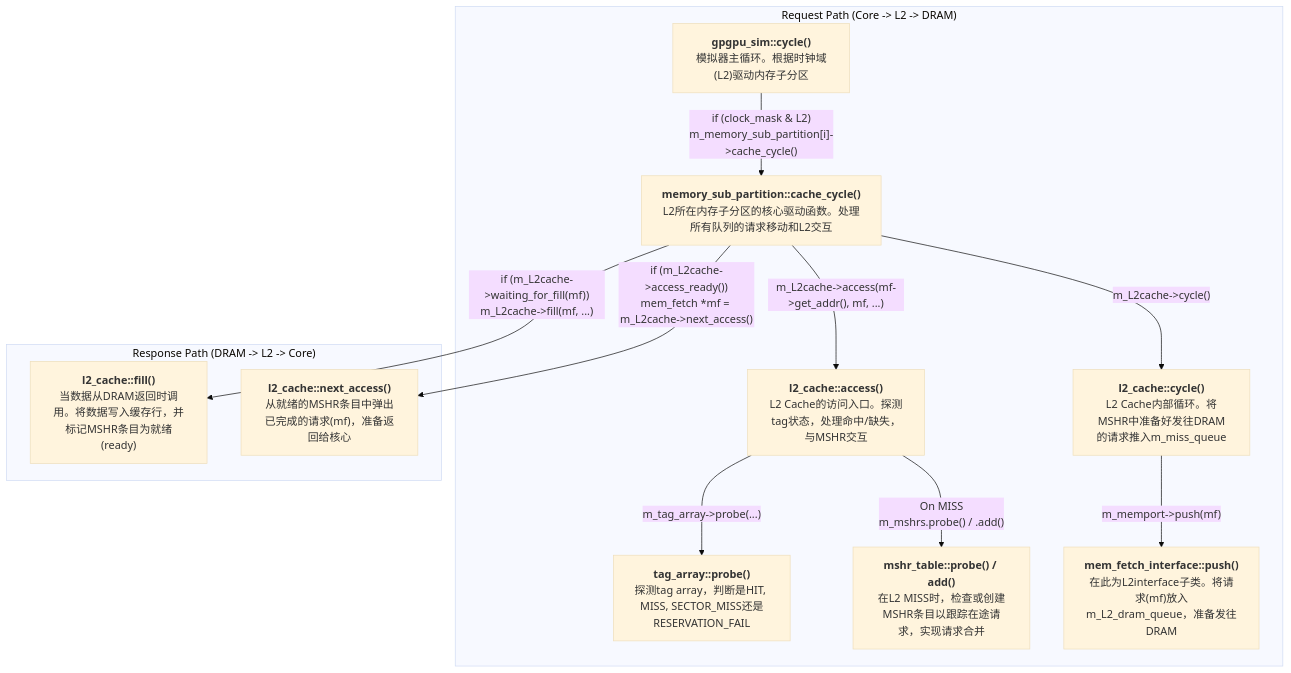
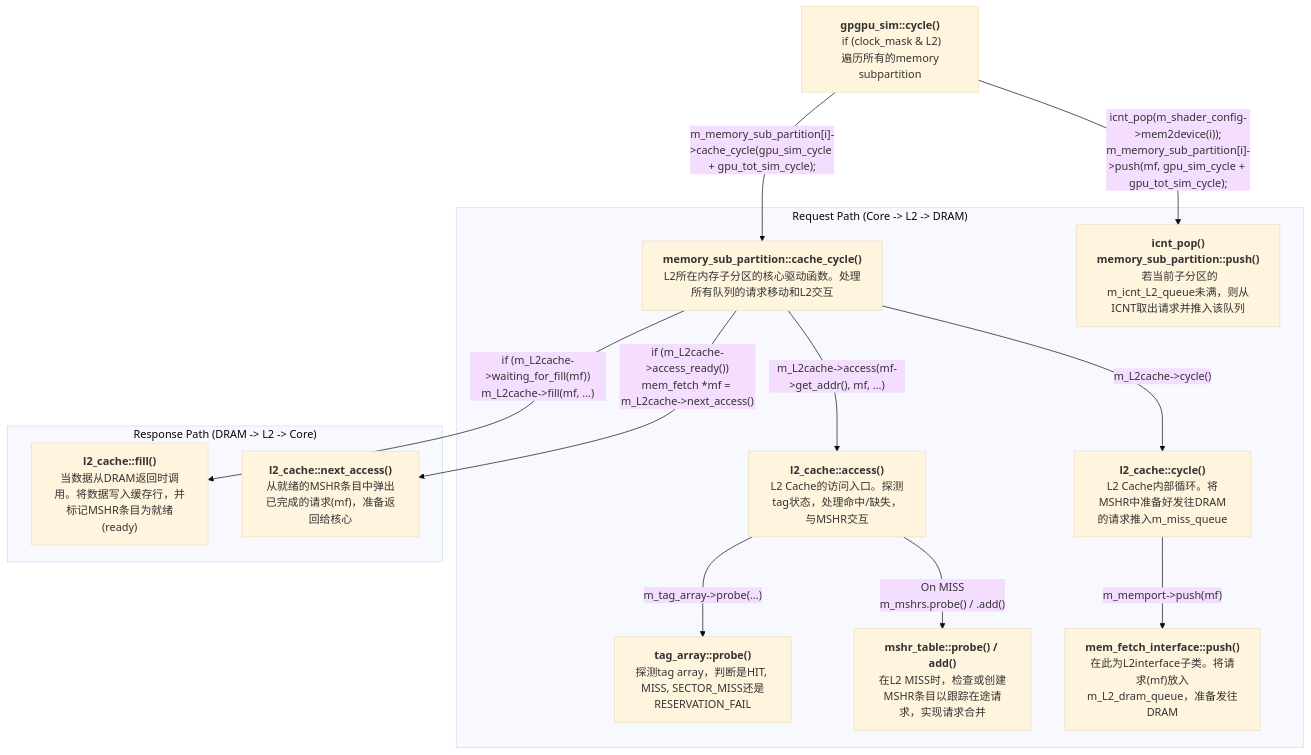
The third of 4 diagrams in gpgpusim_wiki/gpgpusim_wiki.md (seanzw/random), drawn with Mermaid (base theme) before and after one commit. The commit also changed other lines of this file, not shown here.

Commit message:
update sm core & l1 cache response path

````diff
--- a/gpgpusim_wiki/gpgpusim_wiki.md
+++ b/gpgpusim_wiki/gpgpusim_wiki.md
@@ -187,28 +235,34 @@
 ```mermaid
 graph TD;
     %% --- 节点定义 (Node Definitions) ---
-    A["<b>gpgpu_sim::cycle()</b><br>模拟器主循环。根据时钟域(L2)驱动内存子分区"];
-    B["<b>memory_sub_partition::cache_cycle()</b><br>L2所在内存子分区的核心驱动函数。处理所有队列的请求移动和L2交互"];
+    A["<b>gpgpu_sim::cycle()</b><br> if (clock_mask & L2)<br> 遍历所有的memory subpartition"];
+    Ba["<b>memory_sub_partition::cache_cycle()</b><br>L2所在内存子分区的核心驱动函数。处理所有队列的请求移动和L2交互"];
+    Bb["<b>icnt_pop()<br>memory_sub_partition::push()</b><br> 若当前子分区的m_icnt_L2_queue未满，则从ICNT取出请求并推入该队列"];
+
+
     C["<b>l2_cache::access()</b><br>L2 Cache的访问入口。探测tag状态，处理命中/缺失，与MSHR交互"];
     D["<b>tag_array::probe()</b><br>探测tag array，判断是HIT, MISS, SECTOR_MISS还是RESERVATION_FAIL"];
     E["<b>mshr_table::probe() / add()</b><br>在L2 MISS时，检查或创建MSHR条目以跟踪在途请求，实现请求合并"];
     F["<b>l2_cache::cycle()</b><br>L2 Cache内部循环。将MSHR中准备好发往DRAM的请求推入m_miss_queue"];
     G["<b>mem_fetch_interface::push()</b><br>在此为L2interface子类。将请求(mf)放入m_L2_dram_queue，准备发往DRAM"];
     H["<b>l2_cache::fill()</b><br>当数据从DRAM返回时调用。将数据写入缓存行，并标记MSHR条目为就绪(ready)"];
     I["<b>l2_cache::next_access()</b><br>从就绪的MSHR条目中弹出已完成的请求(mf)，准备返回给核心"];
 
     %% --- 边定义 (Edge Definitions / Call Chain) ---
+    A --m_memory_sub_partition[i]->cache_cycle(gpu_sim_cycle + gpu_tot_sim_cycle);--> Ba;
+    A --icnt_pop(m_shader_config->mem2device(i));<br>m_memory_sub_partition[i]->push(mf, gpu_sim_cycle + gpu_tot_sim_cycle);--> Bb;
+
     subgraph "Request Path (Core -> L2 -> DRAM)"
-        A -- "if (clock_mask & L2)<br>m_memory_sub_partition[i]->cache_cycle()" --> B;
-        B -- "m_L2cache->access(mf->get_addr(), mf, ...)" --> C;
+        Bb;
+        Ba -- "m_L2cache->access(mf->get_addr(), mf, ...)" --> C;
         C -- "m_tag_array->probe(...)" --> D;
         C -- "On MISS<br>m_mshrs.probe() / .add()" --> E;
-        B -- "m_L2cache->cycle()" --> F;
+        Ba -- "m_L2cache->cycle()" --> F;
         F -- "m_memport->push(mf)" --> G;
     end
 
     subgraph "Response Path (DRAM -> L2 -> Core)"
-        B -- "if (m_L2cache->waiting_for_fill(mf))<br>m_L2cache->fill(mf, ...)" --> H;
-        B -- "if (m_L2cache->access_ready())<br>mem_fetch *mf = m_L2cache->next_access()" --> I;
+        Ba -- "if (m_L2cache->waiting_for_fill(mf))<br>m_L2cache->fill(mf, ...)" --> H;
+        Ba -- "if (m_L2cache->access_ready())<br>mem_fetch *mf = m_L2cache->next_access()" --> I;
     end
 ```
````
